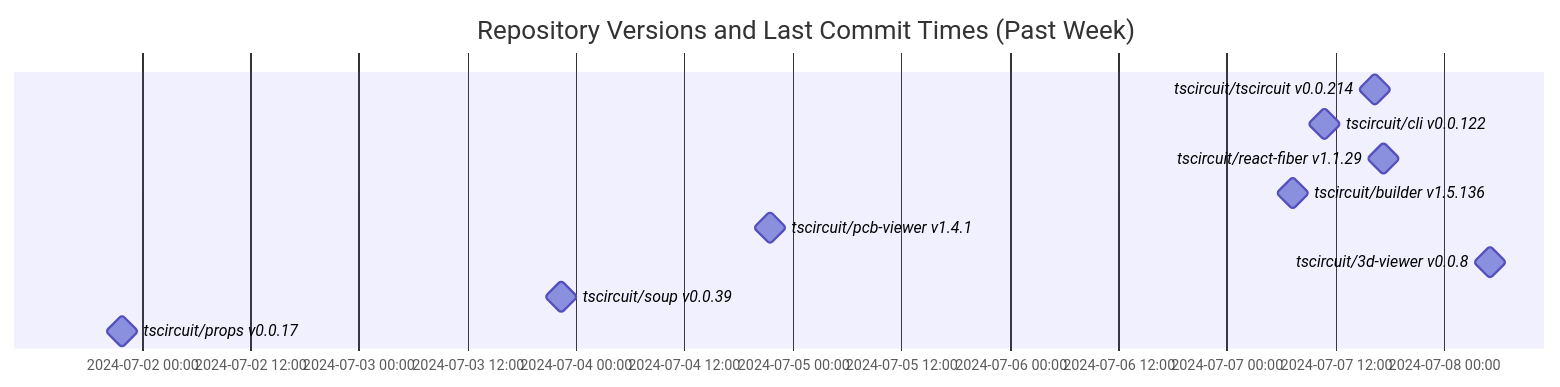
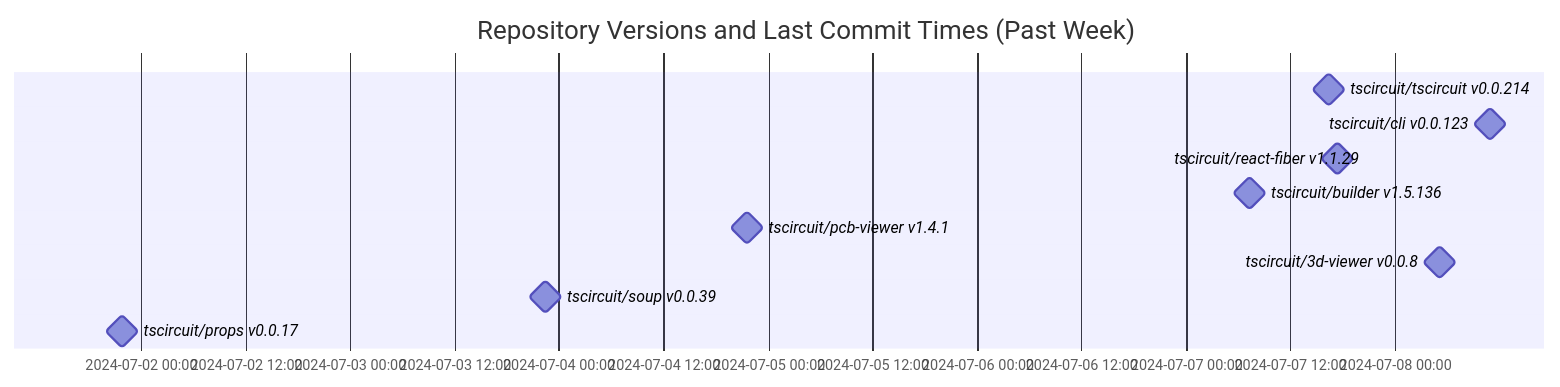
The diagram in README.md (tscircuit/version-tracker), drawn with Mermaid before and after one commit.

Commit message:
Update chart

````diff
--- a/README.md
+++ b/README.md
@@ -1,15 +1,15 @@
 ```mermaid
 gantt
   dateFormat  YYYY-MM-DD HH:mm:ss
   title Repository Versions and Last Commit Times (Past Week)
   axisFormat %Y-%m-%d %H:%M
 
   tscircuit/tscircuit v0.0.214 : milestone, 2024-07-07 16:23:38, 1s
-  tscircuit/cli v0.0.122 : milestone, 2024-07-07 10:48:24, 1s
+  tscircuit/cli v0.0.123 : milestone, 2024-07-08 10:54:56, 1s
   tscircuit/react-fiber v1.1.29 : milestone, 2024-07-07 17:23:26, 1s
   tscircuit/builder v1.5.136 : milestone, 2024-07-07 07:13:19, 1s
   tscircuit/pcb-viewer v1.4.1 : milestone, 2024-07-04 21:31:51, 1s
   tscircuit/3d-viewer v0.0.8 : milestone, 2024-07-08 05:06:01, 1s
   tscircuit/soup v0.0.39 : milestone, 2024-07-03 22:27:43, 1s
   tscircuit/props v0.0.17 : milestone, 2024-07-01 21:50:17, 1s
 ```
````
